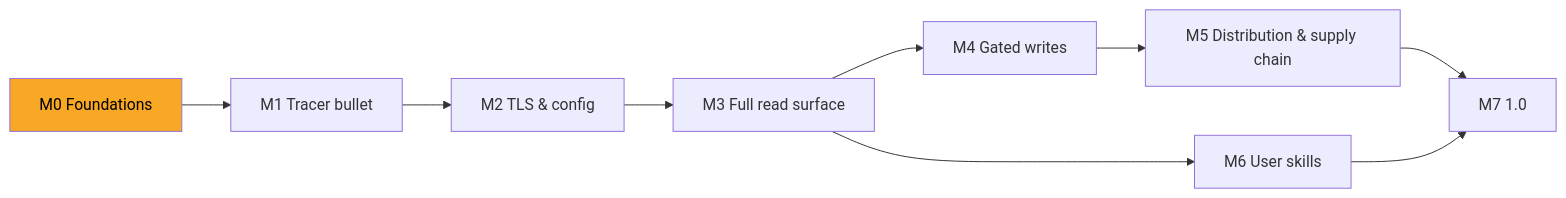
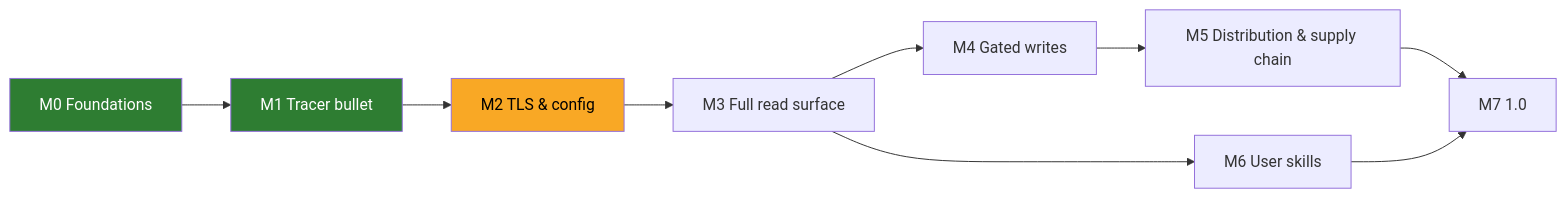
One commit to rodrigorjsf/langfuse-api-mcp changed the diagram in ROADMAP.md. Above: the diagram before and after it, drawn with Mermaid. The commit also changed other lines of this file and 4 other files, not shown here.

````diff
--- a/ROADMAP.md
+++ b/ROADMAP.md
@@ -5,14 +5,15 @@
 ```mermaid
 flowchart LR
   M0[M0 Foundations] --> M1[M1 Tracer bullet]
   M1 --> M2[M2 TLS & config]
   M2 --> M3[M3 Full read surface]
   M3 --> M4[M4 Gated writes]
   M4 --> M5[M5 Distribution & supply chain]
   M3 --> M6[M6 User skills]
   M5 --> M7[M7 1.0]
   M6 --> M7
   classDef done fill:#2e7d32,color:#fff;
   classDef next fill:#f9a825,color:#000;
-  class M0 next;
+  class M0,M1 done;
+  class M2 next;
 ```
````
